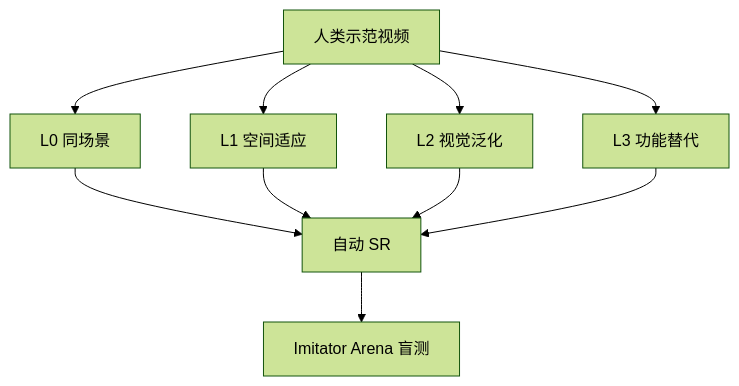
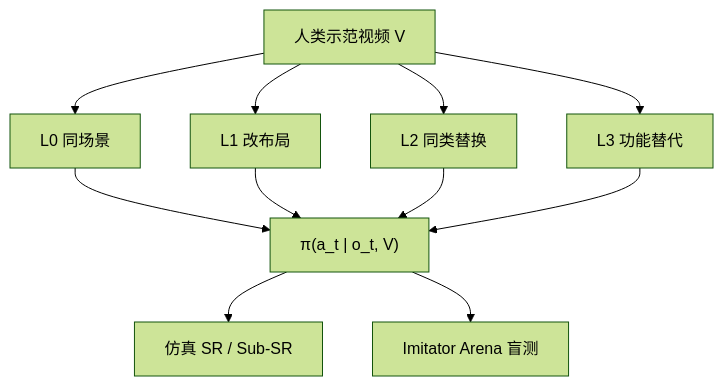
One commit to ImChong/Robotics_Notebooks changed the first of 2 diagrams in wiki/entities/paper-imitator-game.md. Above: the diagram before and after it, drawn with Mermaid (forest theme). The commit also changed other lines of this file and 13 other files, not shown here.

````diff
--- a/wiki/entities/paper-imitator-game.md
+++ b/wiki/entities/paper-imitator-game.md
@@ -76,12 +87,14 @@
 ```mermaid
 flowchart TB
-  Demo[人类示范视频] --> L0[L0 同场景]
-  Demo --> L1[L1 空间适应]
-  Demo --> L2[L2 视觉泛化]
-  Demo --> L3[L3 功能替代]
-  L0 --> Auto[自动 SR]
-  L1 --> Auto
-  L2 --> Auto
-  L3 --> Auto
-  Auto --> Arena[Imitator Arena 盲测]
+  V[人类示范视频 V]
+  V --> L0[L0 同场景]
+  V --> L1[L1 改布局]
+  V --> L2[L2 同类替换]
+  V --> L3[L3 功能替代]
+  L0 --> Policy["π(a_t | o_t, V)"]
+  L1 --> Policy
+  L2 --> Policy
+  L3 --> Policy
+  Policy --> Auto[仿真 SR / Sub-SR]
+  Policy --> Arena[Imitator Arena 盲测]
 ```
````
